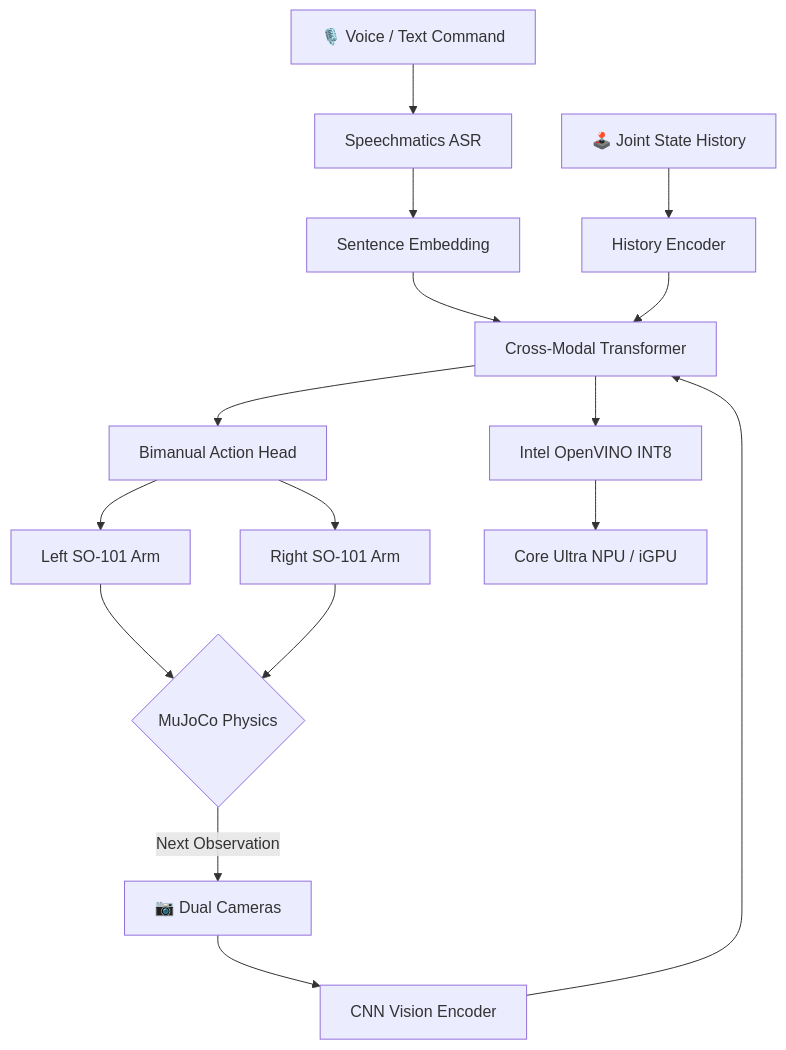
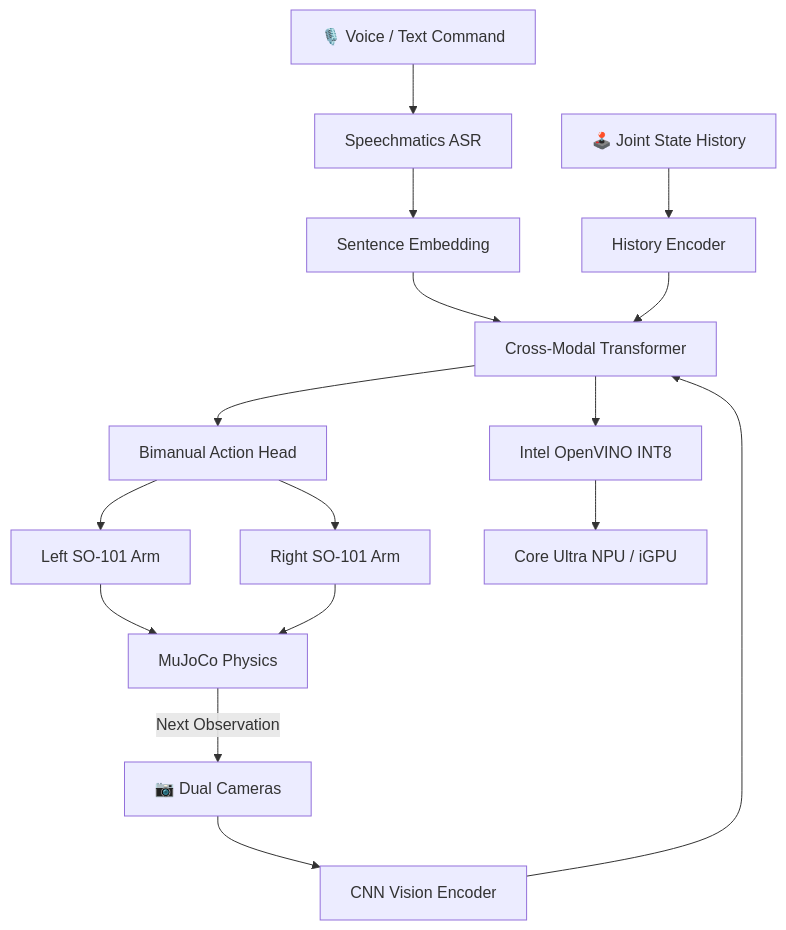
Before and after one commit to shambhushekharsinha-engg/sentineledge-core: the diagram in README.md, drawn with Mermaid. The commit also changed other lines of this file and 12 other files, not shown here.

````diff
--- a/README.md
+++ b/README.md
@@ -64,22 +67,22 @@
 ```mermaid
 graph TD
-    A[🎙️ Voice / Text Command] --> B[Speechmatics ASR]
-    B --> C[Sentence Embedding]
-    D[📷 Dual Cameras] --> E[CNN Vision Encoder]
-    F[🕹️ Joint State History] --> G[History Encoder]
+    A["🎙️ Voice / Text Command"] --> B["Speechmatics ASR"]
+    B --> C["Sentence Embedding"]
+    D["📷 Dual Cameras"] --> E["CNN Vision Encoder"]
+    F["🕹️ Joint State History"] --> G["History Encoder"]
 
-    C --> H[Cross-Modal Transformer]
+    C --> H["Cross-Modal Transformer"]
     E --> H
     G --> H
 
-    H --> I[Bimanual Action Head]
-    I --> J[Left SO-101 Arm]
-    I --> K[Right SO-101 Arm]
+    H --> I["Bimanual Action Head"]
+    I --> J["Left SO-101 Arm"]
+    I --> K["Right SO-101 Arm"]
 
-    J --> L{MuJoCo Physics}
+    J --> L["MuJoCo Physics"]
     K --> L
-    L -->|Next Observation| D
+    L -->|"Next Observation"| D
 
-    H --> M[Intel OpenVINO INT8]
-    M --> N[Core Ultra NPU / iGPU]
+    H --> M["Intel OpenVINO INT8"]
+    M --> N["Core Ultra NPU / iGPU"]
 ```
````
